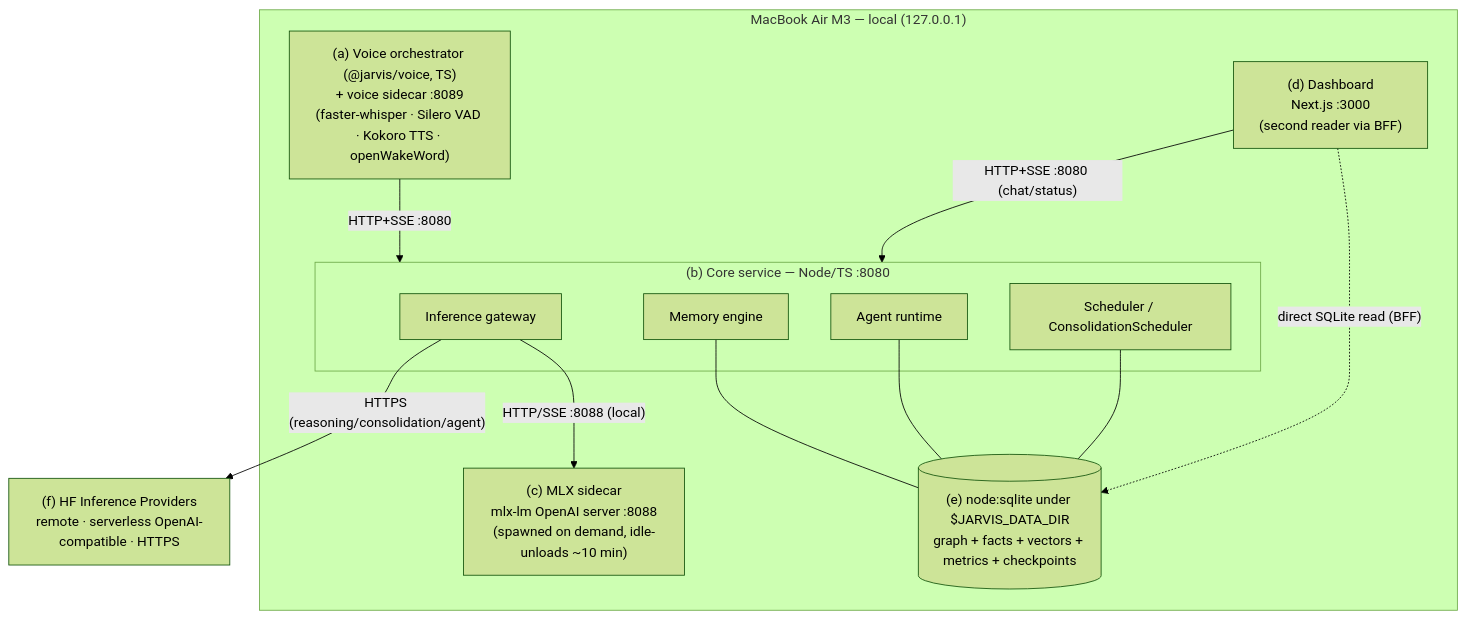
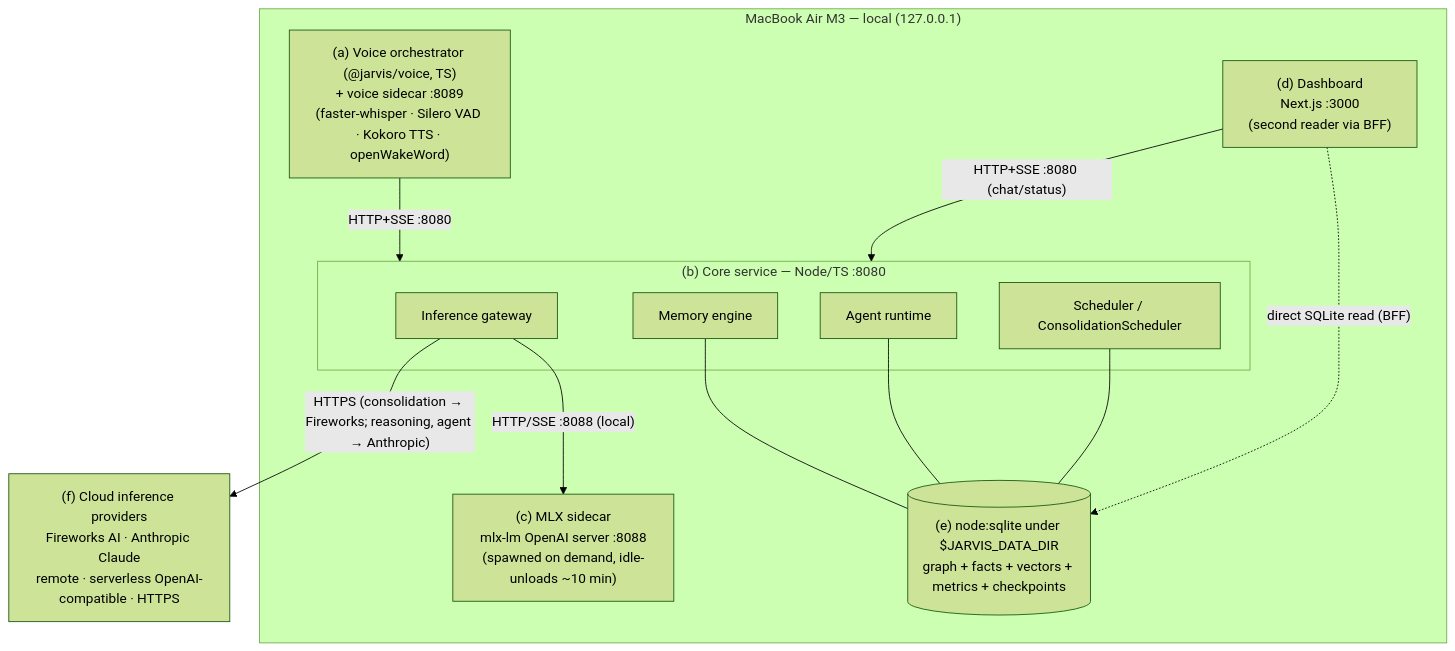
The diagram in architecture/deployment.md (Anirudh-Sridharan/Jarvis), drawn with Mermaid (forest theme) before and after one commit. The commit also changed other lines of this file and 1 other file, not shown here.

First line of the commit message:
docs(13.1-02): architecture docs describe Fireworks + Anthropic heavy lane

````diff
--- a/architecture/deployment.md
+++ b/architecture/deployment.md
@@ -52,25 +52,25 @@
 ```mermaid
 flowchart TB
   subgraph Mac["MacBook Air M3 — local (127.0.0.1)"]
     VO["(a) Voice orchestrator (@jarvis/voice, TS)<br/>+ voice sidecar :8089<br/>(faster-whisper · Silero VAD · Kokoro TTS · openWakeWord)"]
     subgraph Core["(b) Core service — Node/TS :8080"]
       GW["Inference gateway"]
       MEM["Memory engine"]
       AG["Agent runtime"]
       SCH["Scheduler / ConsolidationScheduler"]
     end
     SC["(c) MLX sidecar<br/>mlx-lm OpenAI server :8088<br/>(spawned on demand, idle-unloads ~10 min)"]
     DASH["(d) Dashboard<br/>Next.js :3000<br/>(second reader via BFF)"]
     SDB[("(e) node:sqlite under $JARVIS_DATA_DIR<br/>graph + facts + vectors + metrics + checkpoints")]
   end
-  HF["(f) HF Inference Providers<br/>remote · serverless OpenAI-compatible · HTTPS"]
+  CLOUD["(f) Cloud inference providers<br/>Fireworks AI · Anthropic Claude<br/>remote · serverless OpenAI-compatible · HTTPS"]
 
   VO -- "HTTP+SSE :8080" --> Core
   DASH -- "HTTP+SSE :8080 (chat/status)" --> Core
   DASH -. "direct SQLite read (BFF)" .-> SDB
   GW -- "HTTP/SSE :8088 (local)" --> SC
-  GW -- "HTTPS (reasoning/consolidation/agent)" --> HF
+  GW -- "HTTPS (consolidation → Fireworks; reasoning, agent → Anthropic)" --> CLOUD
   MEM --- SDB
   AG --- SDB
   SCH --- SDB
 ```
````
